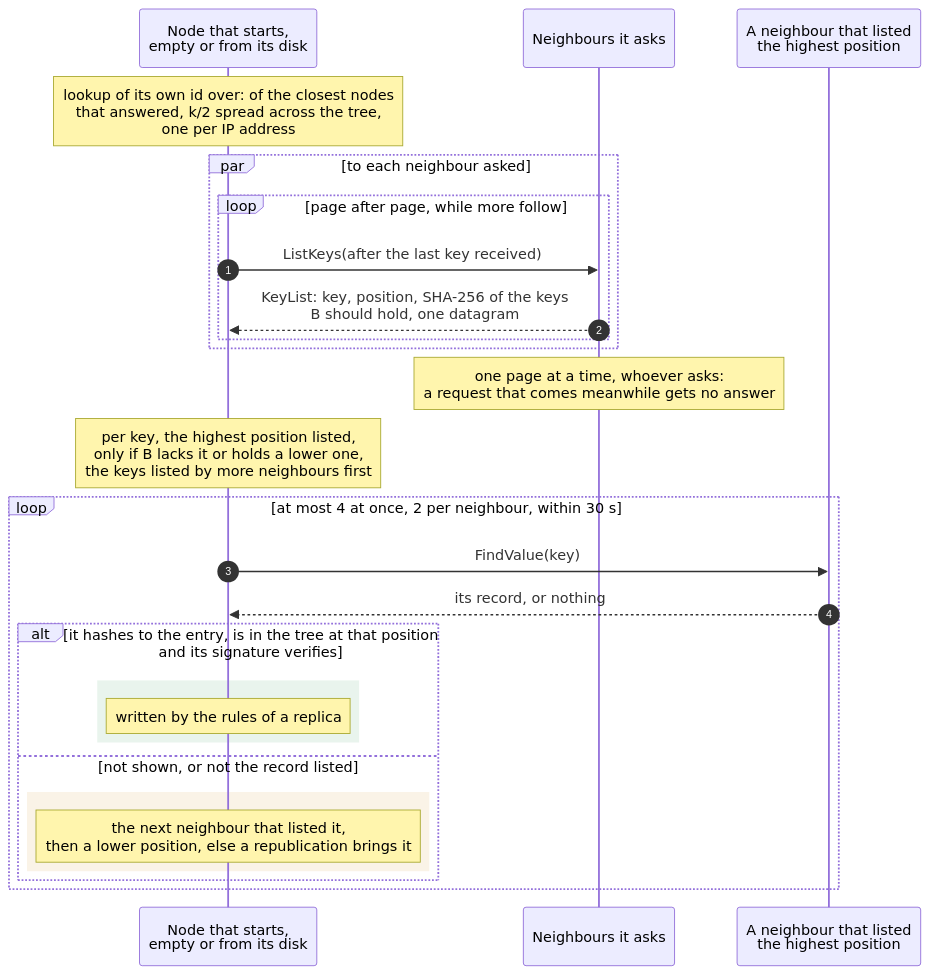
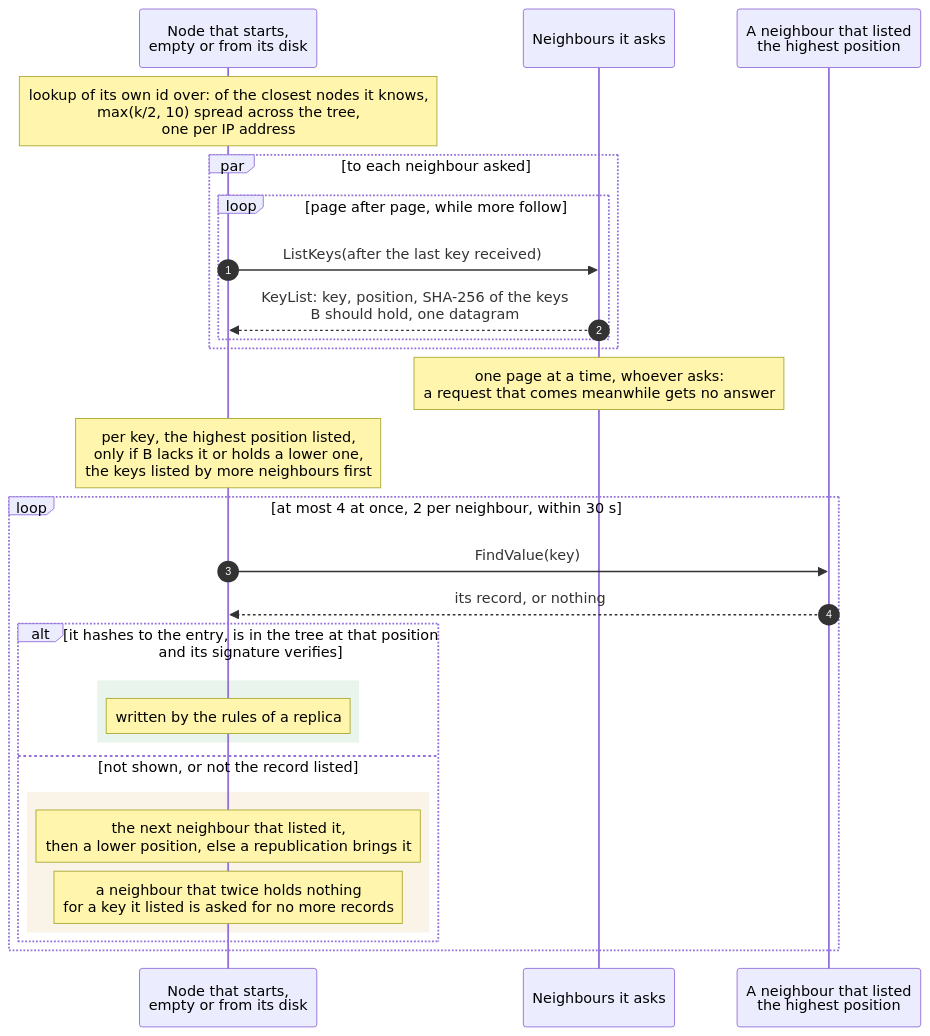
The diagram in docs/design/sync.mmd (fratrung/auth-kademlia-rs), drawn with Mermaid before and after one commit. The commit also changed 9 other files, not shown here.

```diff
--- a/docs/design/sync.mmd
+++ b/docs/design/sync.mmd
@@ -1,27 +1,28 @@
 sequenceDiagram
     autonumber
     participant B as Node that starts,<br/>empty or from its disk
     participant N as Neighbours it asks
     participant L as A neighbour that listed<br/>the highest position
-    Note over B: lookup of its own id over: of the closest nodes<br/>that answered, k/2 spread across the tree,<br/>one per IP address
+    Note over B: lookup of its own id over: of the closest nodes it knows,<br/>max(k/2, 10) spread across the tree,<br/>one per IP address
     par to each neighbour asked
         loop page after page, while more follow
             B->>N: ListKeys(after the last key received)
             N-->>B: KeyList: key, position, SHA-256 of the keys<br/>B should hold, one datagram
         end
     end
     Note over N: one page at a time, whoever asks:<br/>a request that comes meanwhile gets no answer
     Note over B: per key, the highest position listed,<br/>only if B lacks it or holds a lower one,<br/>the keys listed by more neighbours first
     loop at most 4 at once, 2 per neighbour, within 30 s
         B->>L: FindValue(key)
         L-->>B: its record, or nothing
         alt it hashes to the entry, is in the tree at that position<br/>and its signature verifies
             rect rgba(47, 143, 78, 0.10)
             Note over B: written by the rules of a replica
             end
         else not shown, or not the record listed
             rect rgba(201, 138, 27, 0.10)
             Note over B: the next neighbour that listed it,<br/>then a lower position, else a republication brings it
+            Note over B: a neighbour that twice holds nothing<br/>for a key it listed is asked for no more records
             end
         end
     end
```
